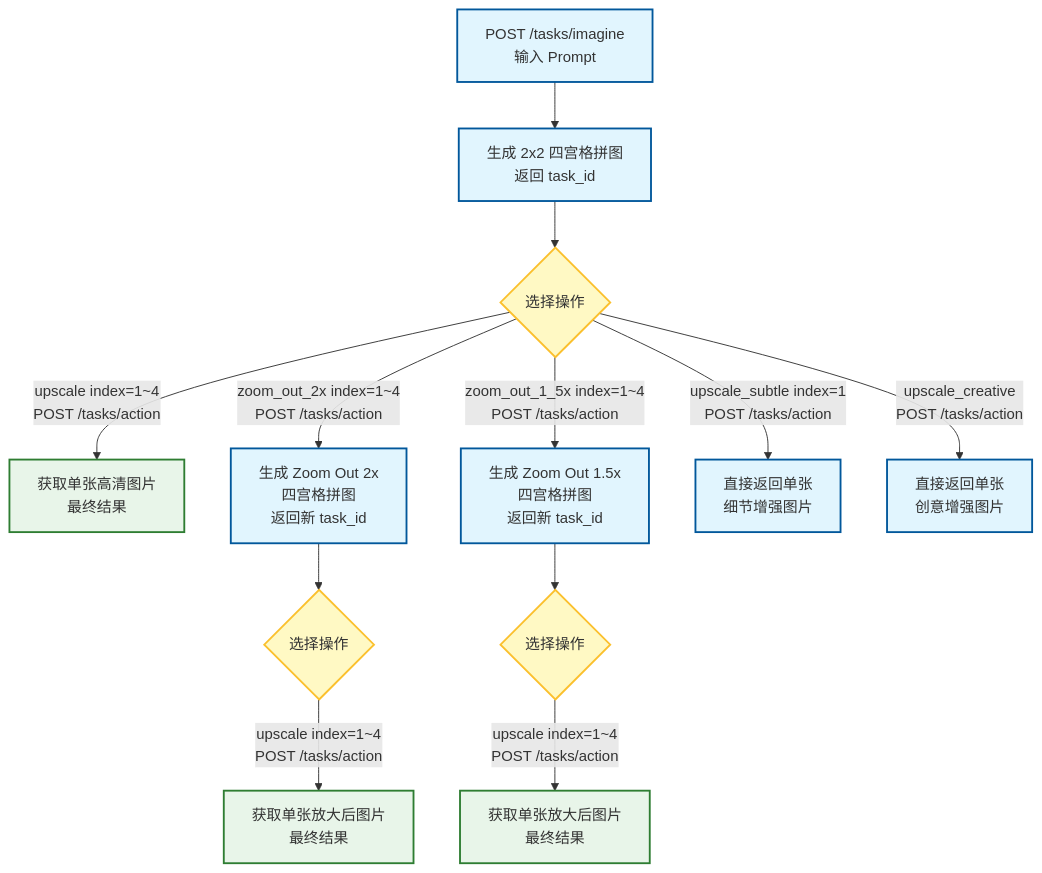
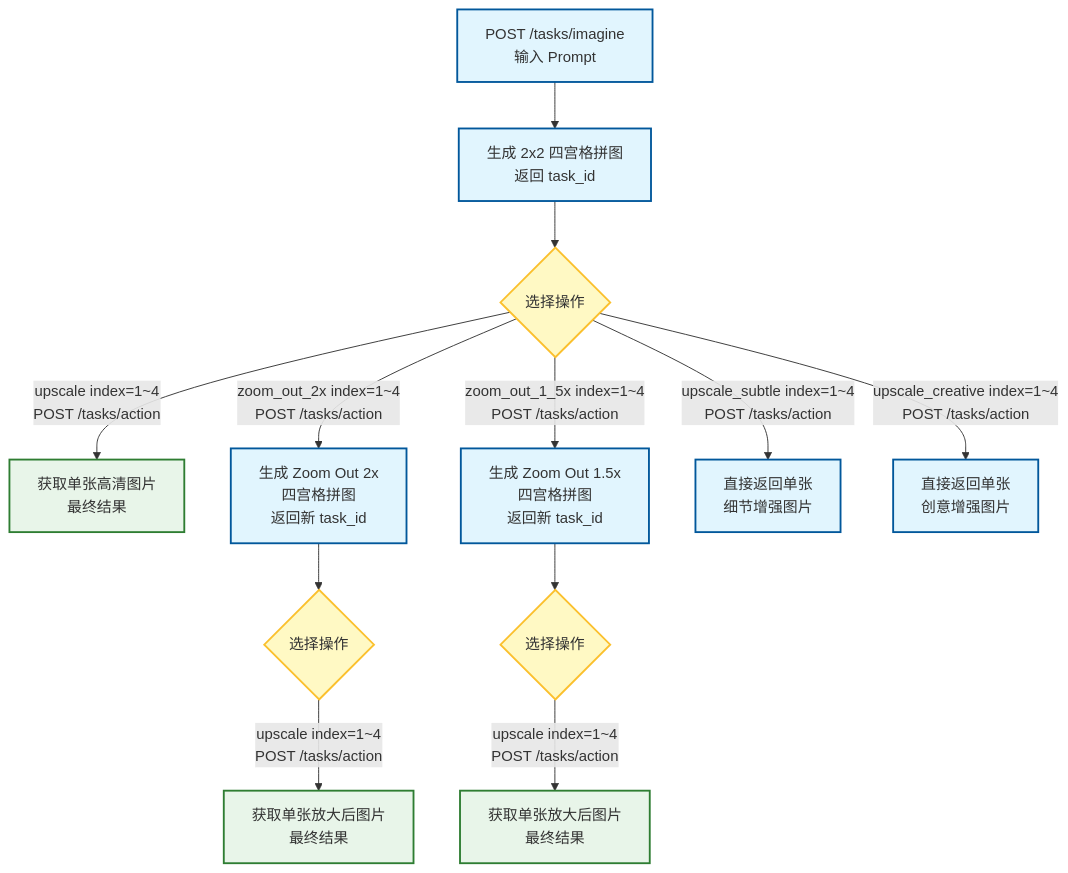
One commit to ihmily/midjourney-api changed the diagram in README_ZH.md. Above: the diagram before and after it, drawn with Mermaid. The commit also changed other lines of this file and 66 other files, not shown here.

````diff
--- a/README_ZH.md
+++ b/README_ZH.md
@@ -148,40 +166,40 @@
 ```mermaid
 flowchart TB
     %% 定义节点样式
     classDef process fill:#e1f5fe,stroke:#01579b,stroke-width:2px;
     classDef decision fill:#fff9c4,stroke:#fbc02d,stroke-width:2px,rx:5,ry:5;
     classDef result fill:#e8f5e9,stroke:#2e7d32,stroke-width:2px;
 
     %% 初始步骤
     A[POST /tasks/imagine<br/>输入 Prompt] --> B[生成 2x2 四宫格拼图<br/>返回 task_id]
     
     %% 主选择分支
     B --> C{选择操作}
 
     %% 分支 1: Upscale (高清放大)
     C -->|upscale index=1~4<br/>POST /tasks/action| D[获取单张高清图片<br/>最终结果]
     
     %% 分支 2: Zoom Out 2x
     C -->|zoom_out_2x index=1~4<br/>POST /tasks/action| E1[生成 Zoom Out 2x<br/>四宫格拼图<br/>返回新 task_id]
     E1 --> F1{选择操作}
     F1 -->|upscale index=1~4<br/>POST /tasks/action| G1[获取单张放大后图片<br/>最终结果]
 
     %% 分支 3: Zoom Out 1.5x
     C -->|zoom_out_1_5x index=1~4<br/>POST /tasks/action| E2[生成 Zoom Out 1.5x<br/>四宫格拼图<br/>返回新 task_id]
     E2 --> F2{选择操作}
     F2 -->|upscale index=1~4<br/>POST /tasks/action| G2[获取单张放大后图片<br/>最终结果]
 
     %% 分支 4: Upscale Subtle (细节增强)
-    C -->|upscale_subtle index=1<br/>POST /tasks/action| H[直接返回单张<br/>细节增强图片]
+    C -->|upscale_subtle index=1~4<br/>POST /tasks/action| H[直接返回单张<br/>细节增强图片]
 
     %% 分支 5: Upscale Creative (创意增强)
-    C -->|upscale_creative<br/>POST /tasks/action| I[直接返回单张<br/>创意增强图片]
+    C -->|upscale_creative index=1~4<br/>POST /tasks/action| I[直接返回单张<br/>创意增强图片]
 
     %% 应用样式类
     class A,B,E1,E2,H,I process;
     class C,F1,F2 decision;
     class D,G1,G2 result;
 
 
 
 ```
````
